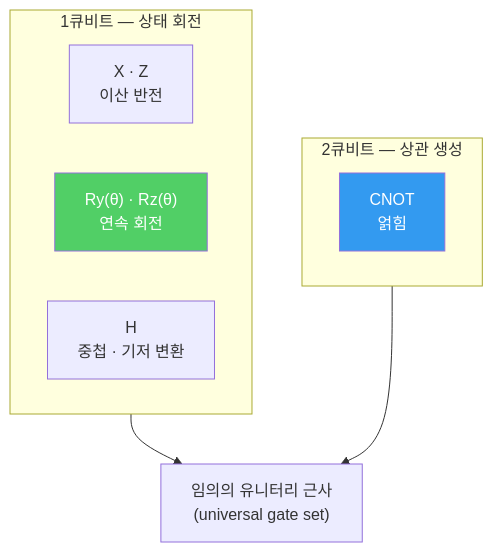
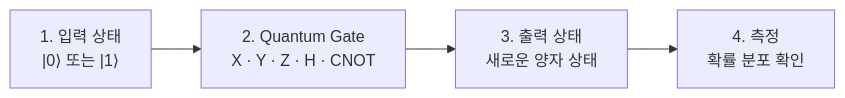
Before and after one commit to umyunsang/edu: the second of 2 diagrams in ComputerScience/03_ai-ml-data/quantum-ml/08. Quantum Gate 개념.md, drawn with Mermaid. The commit also changed other lines of this file, not shown here.

Commit message:
Auto-save: Updated ComputerScience/03_ai-ml-data/quantum-ml/08. Quantum Gate 개념.md

````diff
--- a/ComputerScience/03_ai-ml-data/quantum-ml/08. Quantum Gate 개념.md
+++ b/ComputerScience/03_ai-ml-data/quantum-ml/08. Quantum Gate 개념.md
@@ -64,16 +103,6 @@
 ```mermaid
-flowchart TD
-    subgraph S1["1큐비트 — 상태 회전"]
-        X["X · Z<br/>이산 반전"]
-        R["Ry(θ) · Rz(θ)<br/>연속 회전"]
-        H2["H<br/>중첩 · 기저 변환"]
-    end
-    subgraph S2["2큐비트 — 상관 생성"]
-        C["CNOT<br/>얽힘"]
-    end
-    S1 --> U["임의의 유니터리 근사<br/>(universal gate set)"]
-    S2 --> U
-
-    style R fill:#51cf66,color:#fff
-    style C fill:#339af0,color:#fff
+flowchart LR
+    I["1. 입력 상태<br/>|0⟩ 또는 |1⟩"] --> G["2. Quantum Gate<br/>X · Y · Z · H · CNOT"]
+    G --> O["3. 출력 상태<br/>새로운 양자 상태"]
+    O --> M["4. 측정<br/>확률 분포 확인"]
 ```
````
